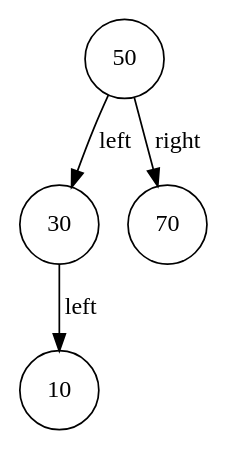
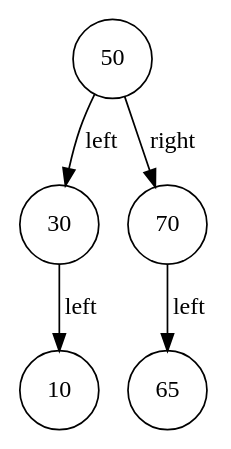
Before and after one commit to fl4cko11/Huawei_MIPT: the diagram in tree/bst/bst_visual_log/bst_3.dot, drawn with Graphviz. The commit also changed 17 other files, not shown here.

```diff
--- a/tree/bst/bst_visual_log/bst_3.dot
+++ b/tree/bst/bst_visual_log/bst_3.dot
@@ -1,6 +1,7 @@
 digraph BST {
     node [shape=circle];
     50 -> 30 [label="left"];
     50 -> 70 [label="right"];
     30 -> 10 [label="left"];
+    70 -> 65 [label="left"];
 }
```
